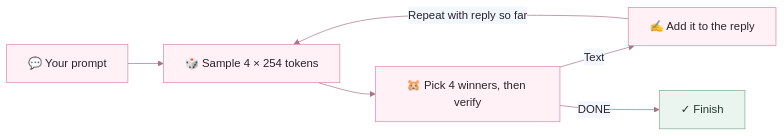
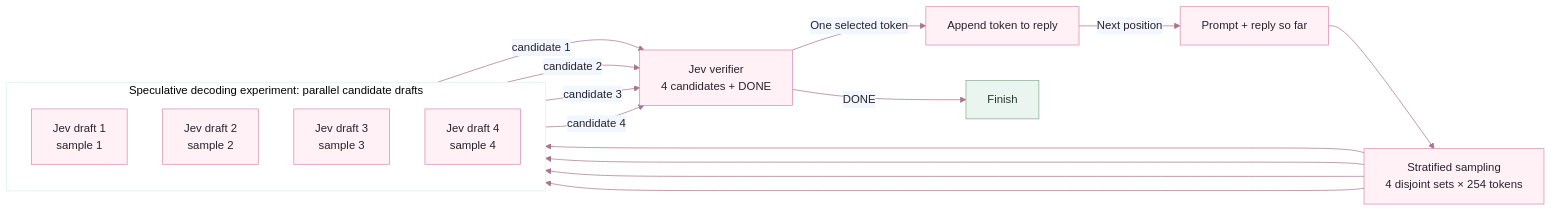
Before and after one commit to giga-james/jevgpt: the diagram in README.md, drawn with Mermaid. The commit also changed other lines of this file and 1 other file, not shown here.

Commit message:
Clarify speculative draft chart and document experiment history

````diff
--- a/README.md
+++ b/README.md
@@ -44,10 +44,24 @@
 ```mermaid
 %%{init: {"theme": "base", "themeVariables": {"primaryColor": "#fff1f6", "primaryTextColor": "#29232b", "primaryBorderColor": "#d88bad", "lineColor": "#a7748c", "fontFamily": "sans-serif"}}}%%
 flowchart LR
-    P["💬 Your prompt"] --> N["🎲 Sample 4 × 254 tokens"]
-    N --> J["🐹 Pick 4 winners, then verify"]
-    J -- "Text" --> A["✍️ Add it to the reply"]
-    A -- "Repeat with reply so far" --> N
-    J -- "DONE" --> E["✓ Finish"]
+    P["Prompt + reply so far"] --> S["Stratified sampling<br/>4 disjoint sets × 254 tokens"]
+    subgraph D["Speculative decoding experiment: parallel candidate drafts"]
+        direction TB
+        D1["Jev draft 1<br/>sample 1"]
+        D2["Jev draft 2<br/>sample 2"]
+        D3["Jev draft 3<br/>sample 3"]
+        D4["Jev draft 4<br/>sample 4"]
+    end
+    S --> D1
+    S --> D2
+    S --> D3
+    S --> D4
+    D1 -- "candidate 1" --> V["Jev verifier<br/>4 candidates + DONE"]
+    D2 -- "candidate 2" --> V
+    D3 -- "candidate 3" --> V
+    D4 -- "candidate 4" --> V
+    V -- "One selected token" --> A["Append token to reply"]
+    A -- "Next position" --> P
+    V -- "DONE" --> E["Finish"]
     style E fill:#eaf5ef,stroke:#86ad95,color:#263a2e
 ```
````
